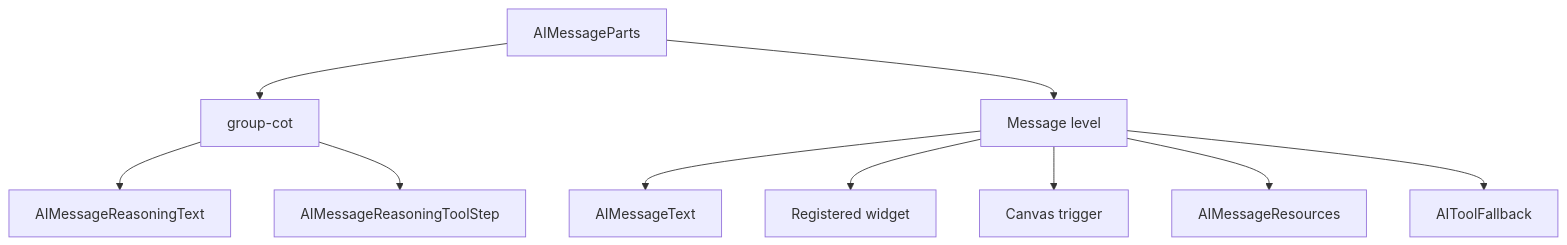
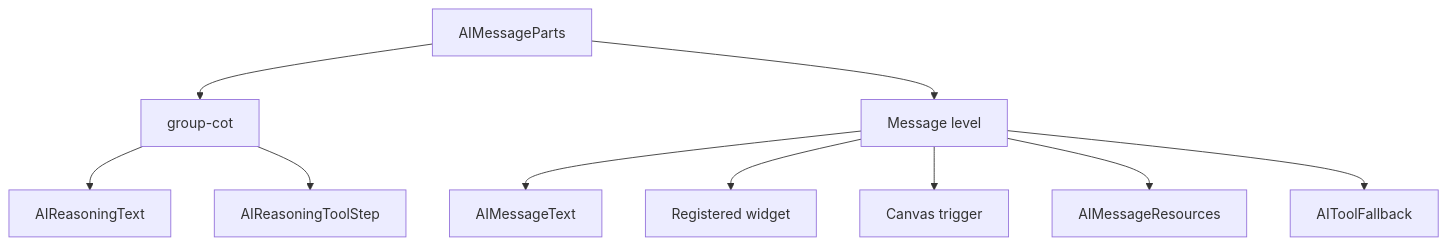
The first of 2 diagrams in packages/shoreline-ai/docs/MESSAGES.md (vtex/shoreline), drawn with Mermaid before and after one commit. The commit also changed other lines of this file and 40 other files, not shown here.

First line of the commit message:
refactor(shoreline-ai)!: rename the reasoning family to AIReasoning and give it its own folder

````diff
--- a/packages/shoreline-ai/docs/MESSAGES.md
+++ b/packages/shoreline-ai/docs/MESSAGES.md
@@ -382,12 +382,12 @@
 ```mermaid
 flowchart TD
   parts[AIMessageParts] --> groupCoT[group-cot]
   parts --> messageLevel[Message level]
-  groupCoT --> reasoningText[AIMessageReasoningText]
-  groupCoT --> toolStep[AIMessageReasoningToolStep]
+  groupCoT --> reasoningText[AIReasoningText]
+  groupCoT --> toolStep[AIReasoningToolStep]
   messageLevel --> textPart[AIMessageText]
   messageLevel --> widgetTool[Registered widget]
   messageLevel --> canvasTool[Canvas trigger]
   messageLevel --> resources[AIMessageResources]
   messageLevel --> fallback[AIToolFallback]
 ```
````
